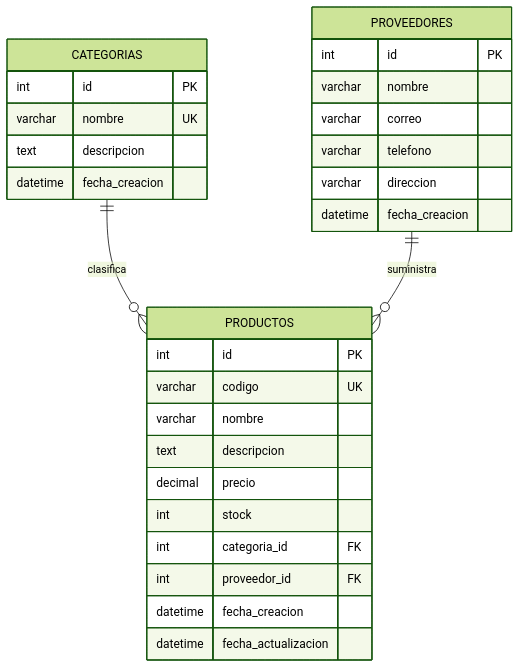
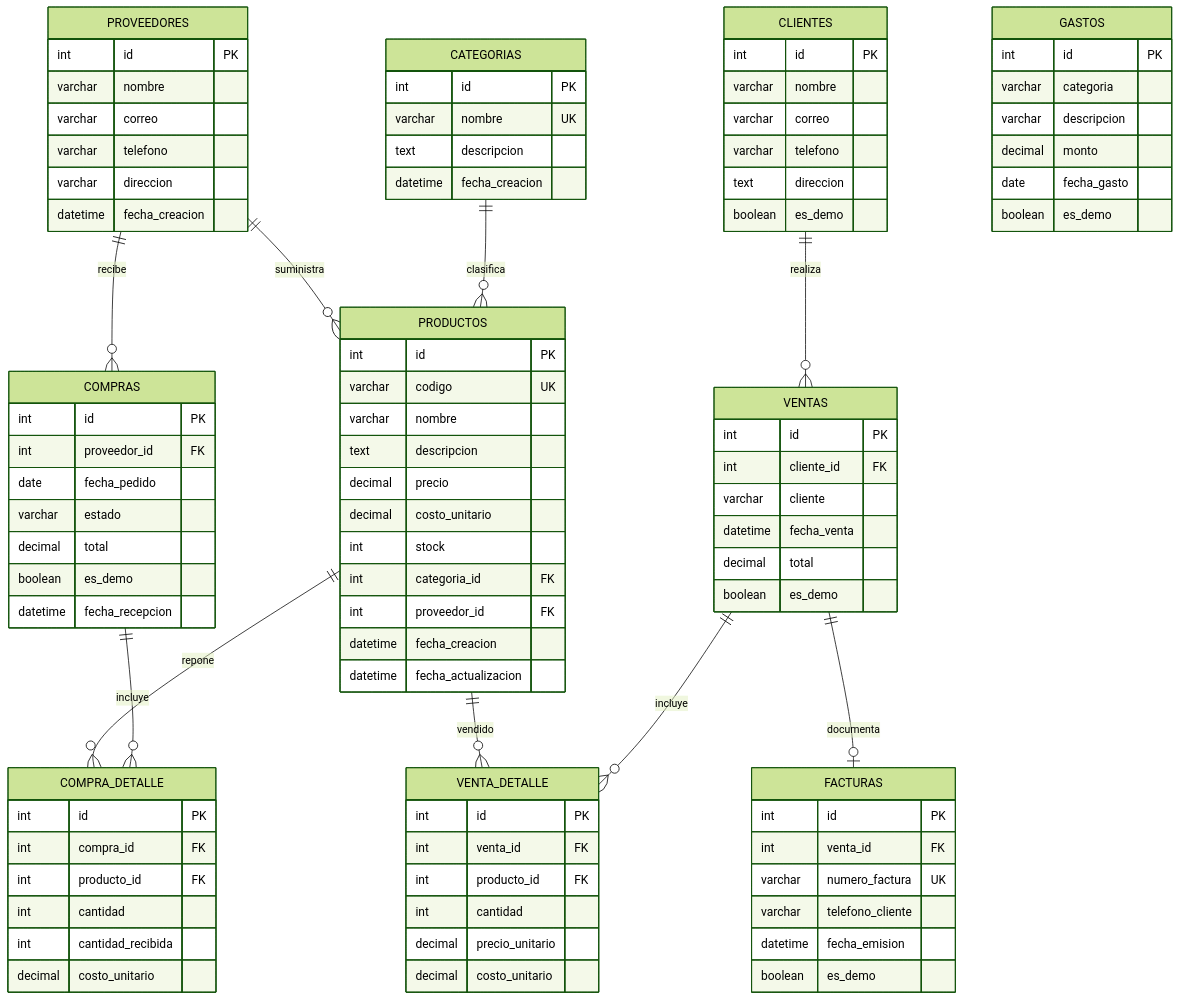
One commit to kendallfwd-lab/mini-proyecto-d-a-1- changed the diagram in docs/modelo-datos.md. Above: the diagram before and after it, drawn with Mermaid (forest theme). The commit also changed other lines of this file and 74 other files, not shown here.

````diff
--- a/docs/modelo-datos.md
+++ b/docs/modelo-datos.md
@@ -4,6 +4,11 @@
 erDiagram
   CATEGORIAS ||--o{ PRODUCTOS : clasifica
   PROVEEDORES ||--o{ PRODUCTOS : suministra
+  PROVEEDORES ||--o{ COMPRAS : recibe
+  COMPRAS ||--o{ COMPRA_DETALLE : incluye
+  PRODUCTOS ||--o{ COMPRA_DETALLE : repone
+  CLIENTES ||--o{ VENTAS : realiza
+  VENTAS ||--o| FACTURAS : documenta
   CATEGORIAS {
     int id PK
     varchar nombre UK
@@ -24,10 +29,70 @@
     varchar nombre
     text descripcion
     decimal precio
+    decimal costo_unitario
     int stock
     int categoria_id FK
     int proveedor_id FK
     datetime fecha_creacion
     datetime fecha_actualizacion
   }
+  VENTAS ||--o{ VENTA_DETALLE : incluye
+  PRODUCTOS ||--o{ VENTA_DETALLE : vendido
+  VENTAS {
+    int id PK
+    int cliente_id FK
+    varchar cliente
+    datetime fecha_venta
+    decimal total
+    boolean es_demo
+  }
+  FACTURAS {
+    int id PK
+    int venta_id FK
+    varchar numero_factura UK
+    varchar telefono_cliente
+    datetime fecha_emision
+    boolean es_demo
+  }
+  VENTA_DETALLE {
+    int id PK
+    int venta_id FK
+    int producto_id FK
+    int cantidad
+    decimal precio_unitario
+    decimal costo_unitario
+  }
+  GASTOS {
+    int id PK
+    varchar categoria
+    varchar descripcion
+    decimal monto
+    date fecha_gasto
+    boolean es_demo
+  }
+  CLIENTES {
+    int id PK
+    varchar nombre
+    varchar correo
+    varchar telefono
+    text direccion
+    boolean es_demo
+  }
+  COMPRAS {
+    int id PK
+    int proveedor_id FK
+    date fecha_pedido
+    varchar estado
+    decimal total
+    boolean es_demo
+    datetime fecha_recepcion
+  }
+  COMPRA_DETALLE {
+    int id PK
+    int compra_id FK
+    int producto_id FK
+    int cantidad
+    int cantidad_recibida
+    decimal costo_unitario
+  }
 ```
````
